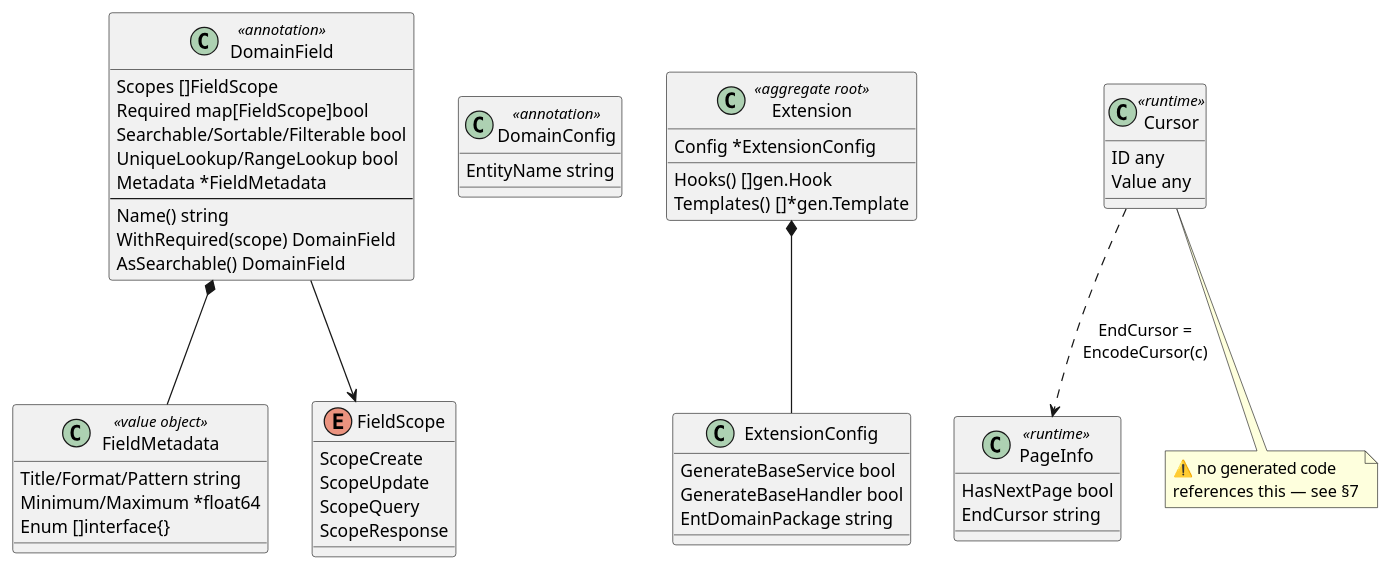
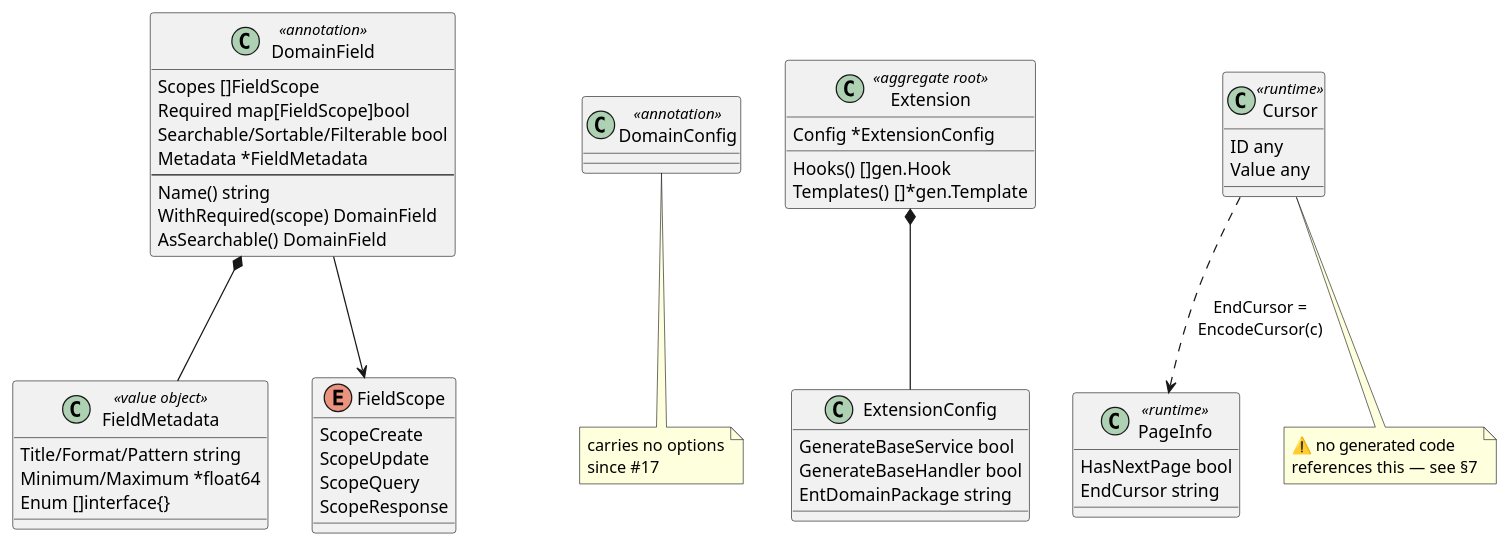
One commit to githonllc/entapi changed the third of 5 diagrams in ARCHITECTURE.md. Above: the diagram before and after it, drawn with PlantUML. The commit also changed other lines of this file and 10 other files, not shown here.

````diff
--- a/ARCHITECTURE.md
+++ b/ARCHITECTURE.md
@@ -133,53 +133,52 @@
 ```plantuml
 @startuml
 skinparam classAttributeIconSize 0
 class DomainField <<annotation>> {
   Scopes []FieldScope
   Required map[FieldScope]bool
   Searchable/Sortable/Filterable bool
-  UniqueLookup/RangeLookup bool
   Metadata *FieldMetadata
   --
   Name() string
   WithRequired(scope) DomainField
   AsSearchable() DomainField
 }
 class FieldMetadata <<value object>> {
   Title/Format/Pattern string
   Minimum/Maximum *float64
   Enum []interface{}
 }
 enum FieldScope {
   ScopeCreate
   ScopeUpdate
   ScopeQuery
   ScopeResponse
 }
 class DomainConfig <<annotation>> {
-  EntityName string
 }
+note bottom of DomainConfig : carries no options\nsince #17
 class Extension <<aggregate root>> {
   Config *ExtensionConfig
   Hooks() []gen.Hook
   Templates() []*gen.Template
 }
 class ExtensionConfig {
   GenerateBaseService bool
   GenerateBaseHandler bool
   EntDomainPackage string
 }
 class PageInfo <<runtime>> {
   HasNextPage bool
   EndCursor string
 }
 class Cursor <<runtime>> {
   ID any
   Value any
 }
 DomainField *-- FieldMetadata
 DomainField --> FieldScope
 Extension *-- ExtensionConfig
 Cursor ..> PageInfo : EndCursor =\nEncodeCursor(c)
 note bottom of Cursor : ⚠️ no generated code\nreferences this — see §7
 @enduml
 ```
````
